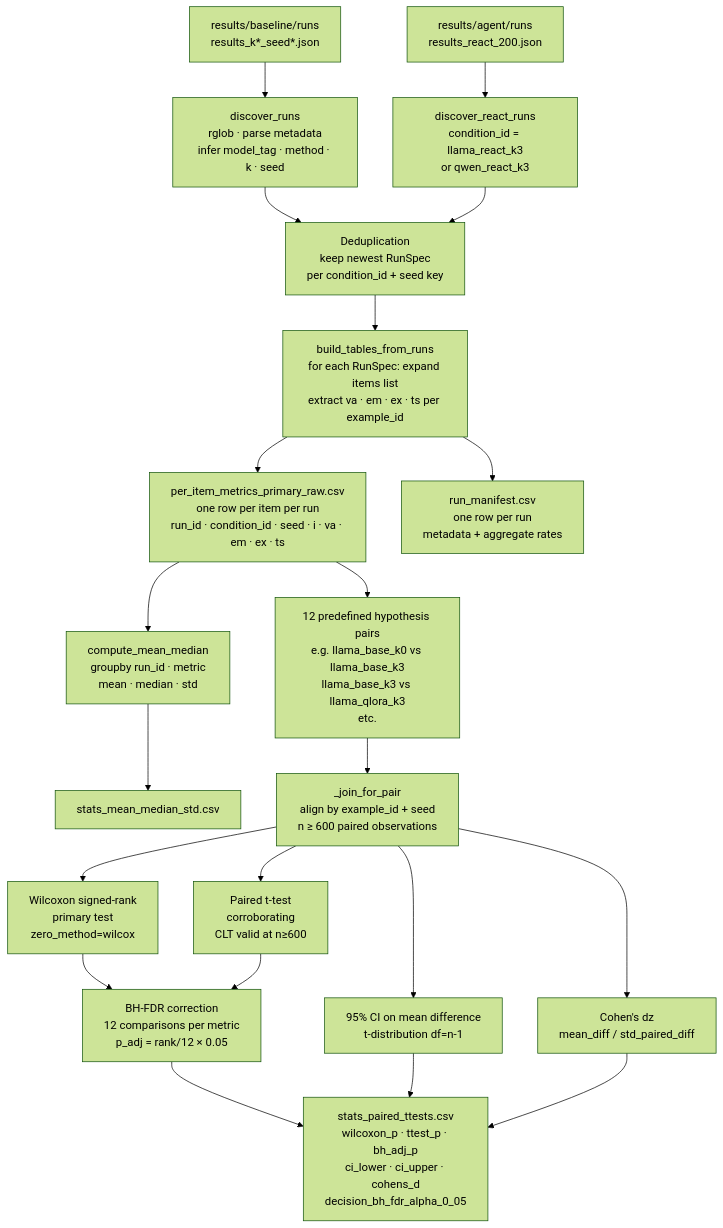
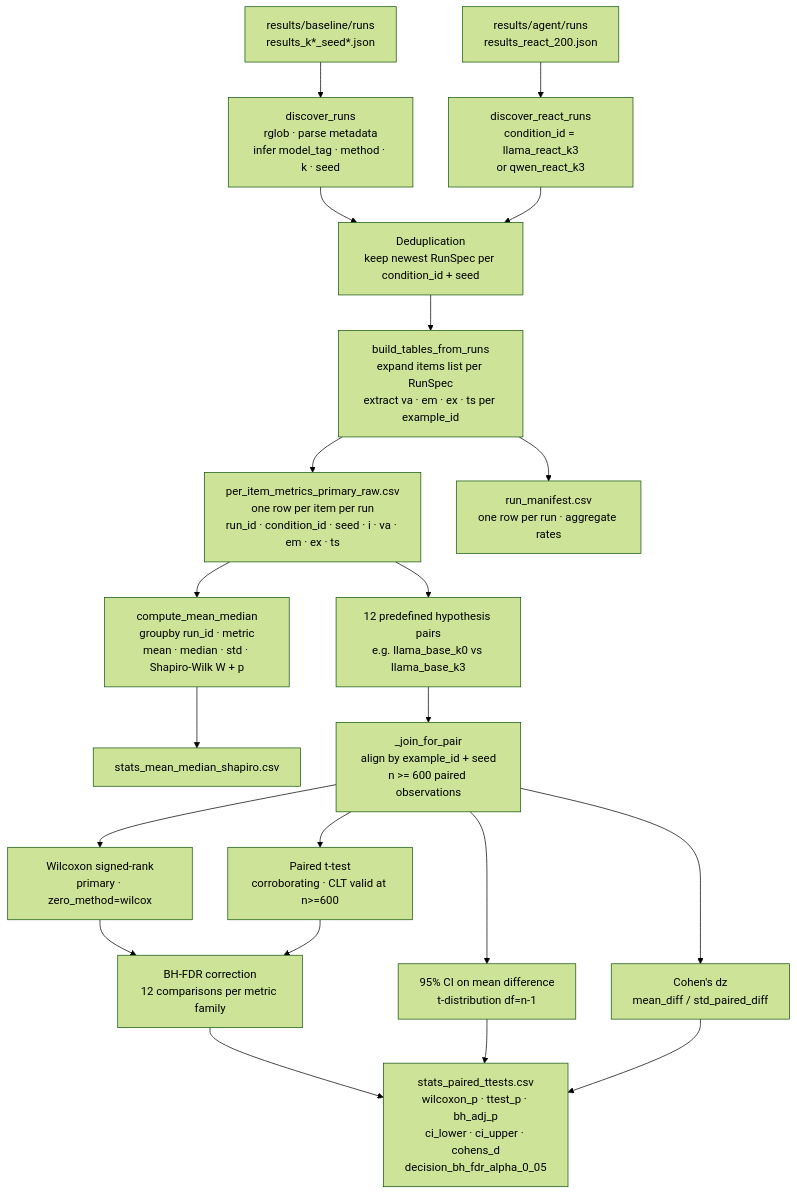
Before and after one commit to MacKenzieOBrian/NLtoSQL: the fourth of 6 diagrams in diagrams.md, drawn with Mermaid (forest theme). The commit also changed other lines of this file and 5 other files, not shown here.

Commit message:
docs: update Mermaid diagrams and notebook annotations for dissertation

````diff
--- a/diagrams.md
+++ b/diagrams.md
@@ -164,32 +171,32 @@
 ```mermaid
 flowchart TD
     A1[results/baseline/runs\nresults_k*_seed*.json] --> DISC[discover_runs\nrglob · parse metadata\ninfer model_tag · method · k · seed]
     A2[results/agent/runs\nresults_react_200.json] --> RDISC[discover_react_runs\ncondition_id = llama_react_k3\nor qwen_react_k3]
 
-    DISC --> DEDUP[Deduplication\nkeep newest RunSpec\nper condition_id + seed key]
+    DISC --> DEDUP[Deduplication\nkeep newest RunSpec per condition_id + seed]
     RDISC --> DEDUP
 
-    DEDUP --> BUILD[build_tables_from_runs\nfor each RunSpec: expand items list\nextract va · em · ex · ts per example_id]
+    DEDUP --> BUILD[build_tables_from_runs\nexpand items list per RunSpec\nextract va · em · ex · ts per example_id]
 
     BUILD --> PCSV[per_item_metrics_primary_raw.csv\none row per item per run\nrun_id · condition_id · seed · i · va · em · ex · ts]
-    BUILD --> MCSV[run_manifest.csv\none row per run\nmetadata + aggregate rates]
+    BUILD --> MCSV[run_manifest.csv\none row per run · aggregate rates]
 
-    PCSV --> STATS[compute_mean_median\ngroupby run_id · metric\nmean · median · std]
-    STATS --> SCSV[stats_mean_median_std.csv]
+    PCSV --> STATS[compute_mean_median\ngroupby run_id · metric\nmean · median · std · Shapiro-Wilk W + p]
+    STATS --> SCSV[stats_mean_median_shapiro.csv]
 
-    PCSV --> PAIRS[12 predefined hypothesis pairs\ne.g. llama_base_k0 vs llama_base_k3\nllama_base_k3 vs llama_qlora_k3\netc.]
+    PCSV --> PAIRS[12 predefined hypothesis pairs\ne.g. llama_base_k0 vs llama_base_k3]
 
-    PAIRS --> JOIN[_join_for_pair\nalign by example_id + seed\nn ≥ 600 paired observations]
+    PAIRS --> JOIN[_join_for_pair\nalign by example_id + seed\nn >= 600 paired observations]
 
-    JOIN --> WILCOX[Wilcoxon signed-rank\nprimary test\nzero_method=wilcox]
-    JOIN --> TTEST[Paired t-test\ncorroborating\nCLT valid at n≥600]
+    JOIN --> WILCOX[Wilcoxon signed-rank\nprimary · zero_method=wilcox]
+    JOIN --> TTEST[Paired t-test\ncorroborating · CLT valid at n>=600]
     JOIN --> CI[95% CI on mean difference\nt-distribution df=n-1]
     JOIN --> COHEN[Cohen's dz\nmean_diff / std_paired_diff]
 
-    WILCOX --> BH[BH-FDR correction\n12 comparisons per metric\np_adj = rank/12 × 0.05]
+    WILCOX --> BH[BH-FDR correction\n12 comparisons per metric family]
     TTEST --> BH
 
     BH --> TCSV[stats_paired_ttests.csv\nwilcoxon_p · ttest_p · bh_adj_p\nci_lower · ci_upper · cohens_d\ndecision_bh_fdr_alpha_0_05]
     CI --> TCSV
     COHEN --> TCSV
 ```
````
